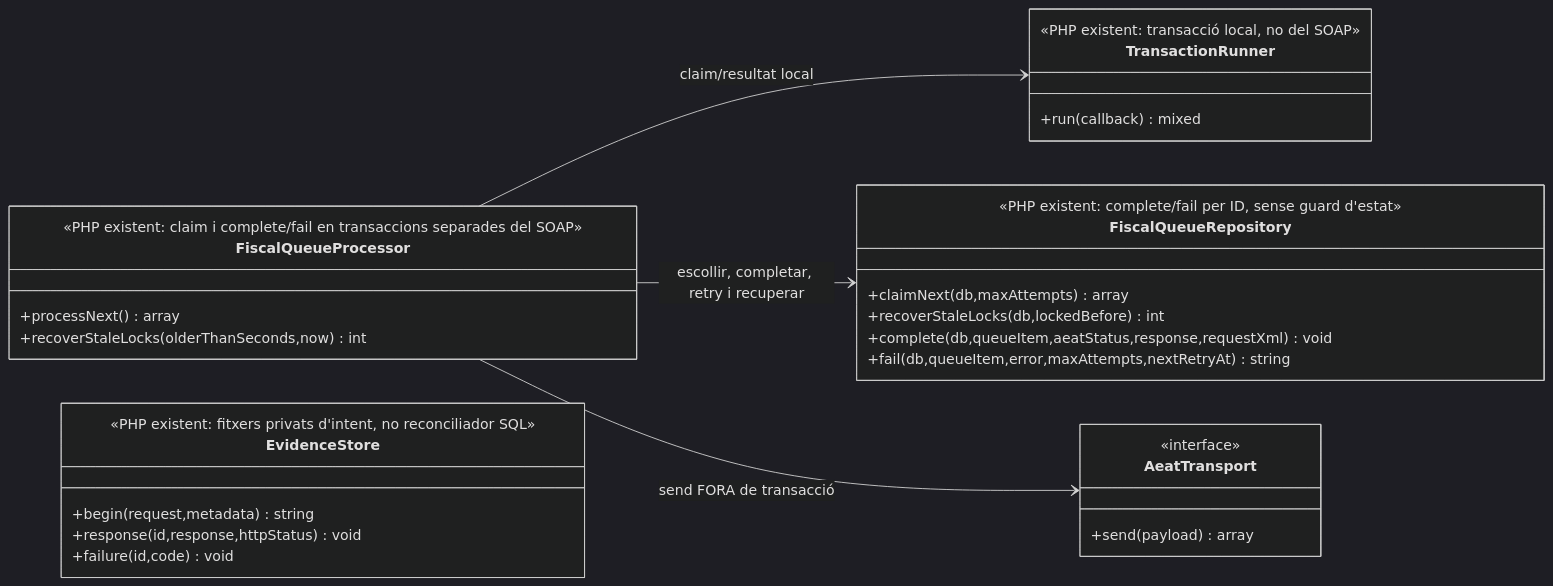
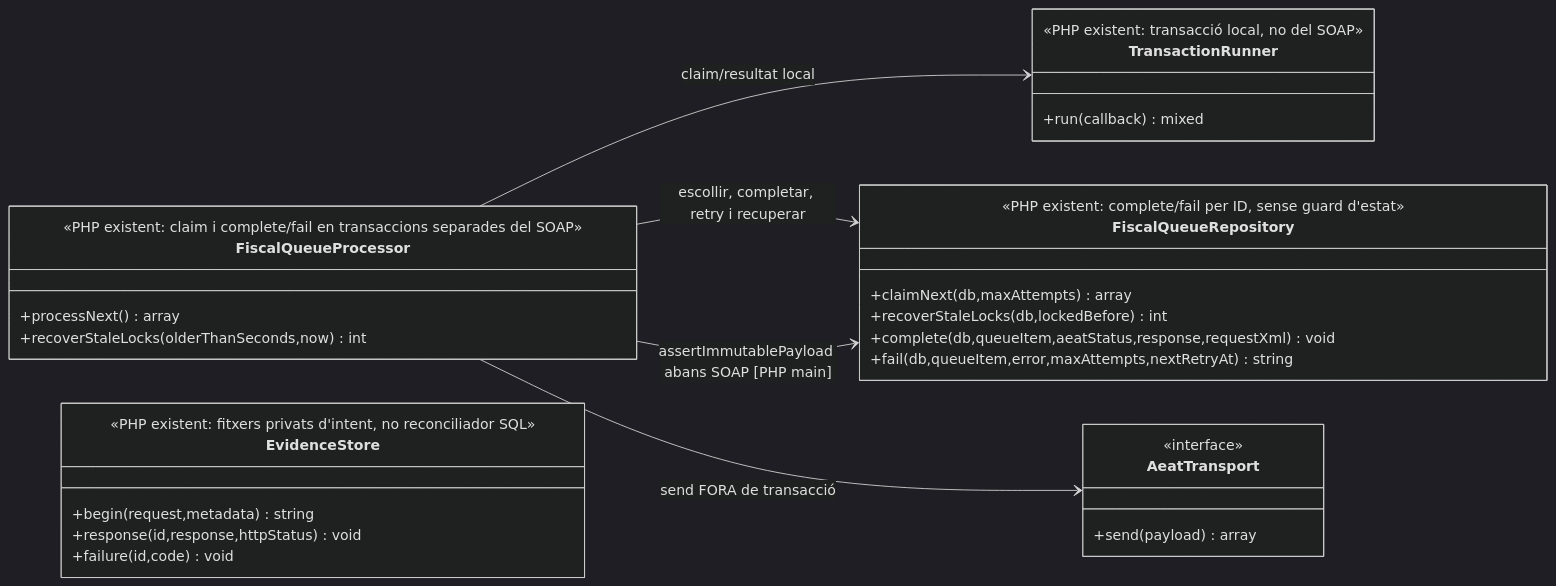
Diagram 14 of 27 in documentacio/07-uml-integrat/00-model-classes-general.md (orgmeriemprismacat-del/verifactu), drawn with Mermaid (dark theme) before and after one commit. The commit also changed other lines of this file, not shown here.

Commit message:
docs(uml): model general incorpora contracte de hash main i separa idempotència Redsys de fiscal i pagaments

````diff
--- a/documentacio/07-uml-integrat/00-model-classes-general.md
+++ b/documentacio/07-uml-integrat/00-model-classes-general.md
@@ -620,33 +691,34 @@
 ```mermaid
 classDiagram
 direction LR
 class FiscalQueueProcessor {
  <<PHP existent: claim i complete/fail en transaccions separades del SOAP>>
  +processNext() array
  +recoverStaleLocks(olderThanSeconds,now) int
 }
 class FiscalQueueRepository {
  <<PHP existent: complete/fail per ID, sense guard d'estat>>
  +claimNext(db,maxAttempts) array
  +recoverStaleLocks(db,lockedBefore) int
  +complete(db,queueItem,aeatStatus,response,requestXml) void
  +fail(db,queueItem,error,maxAttempts,nextRetryAt) string
 }
 class TransactionRunner {
  <<PHP existent: transacció local, no del SOAP>>
  +run(callback) mixed
 }
 class AeatTransport {
  <<interface>>
  +send(payload) array
 }
 class EvidenceStore {
  <<PHP existent: fitxers privats d'intent, no reconciliador SQL>>
  +begin(request,metadata) string
  +response(id,response,httpStatus) void
  +failure(id,code) void
 }
 FiscalQueueProcessor --> TransactionRunner : claim/resultat local
 FiscalQueueProcessor --> FiscalQueueRepository : escollir, completar, retry i recuperar
+FiscalQueueProcessor --> FiscalQueueRepository : assertImmutablePayload abans SOAP [PHP main]
 FiscalQueueProcessor --> AeatTransport : send FORA de transacció
 ```
````
